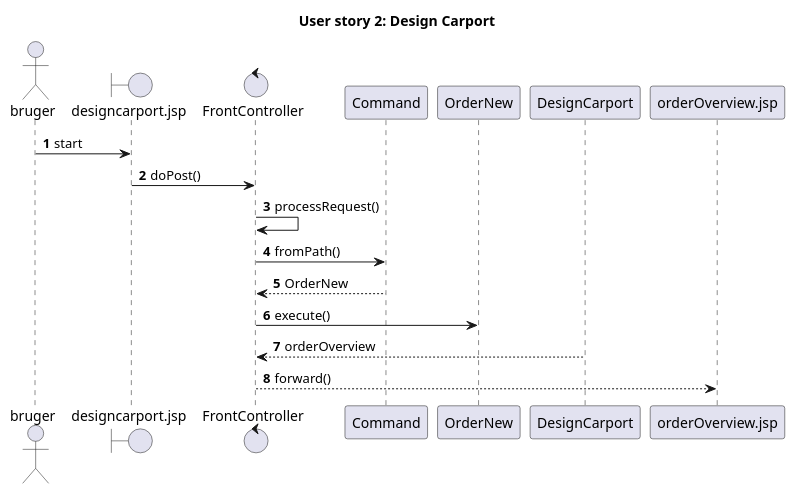
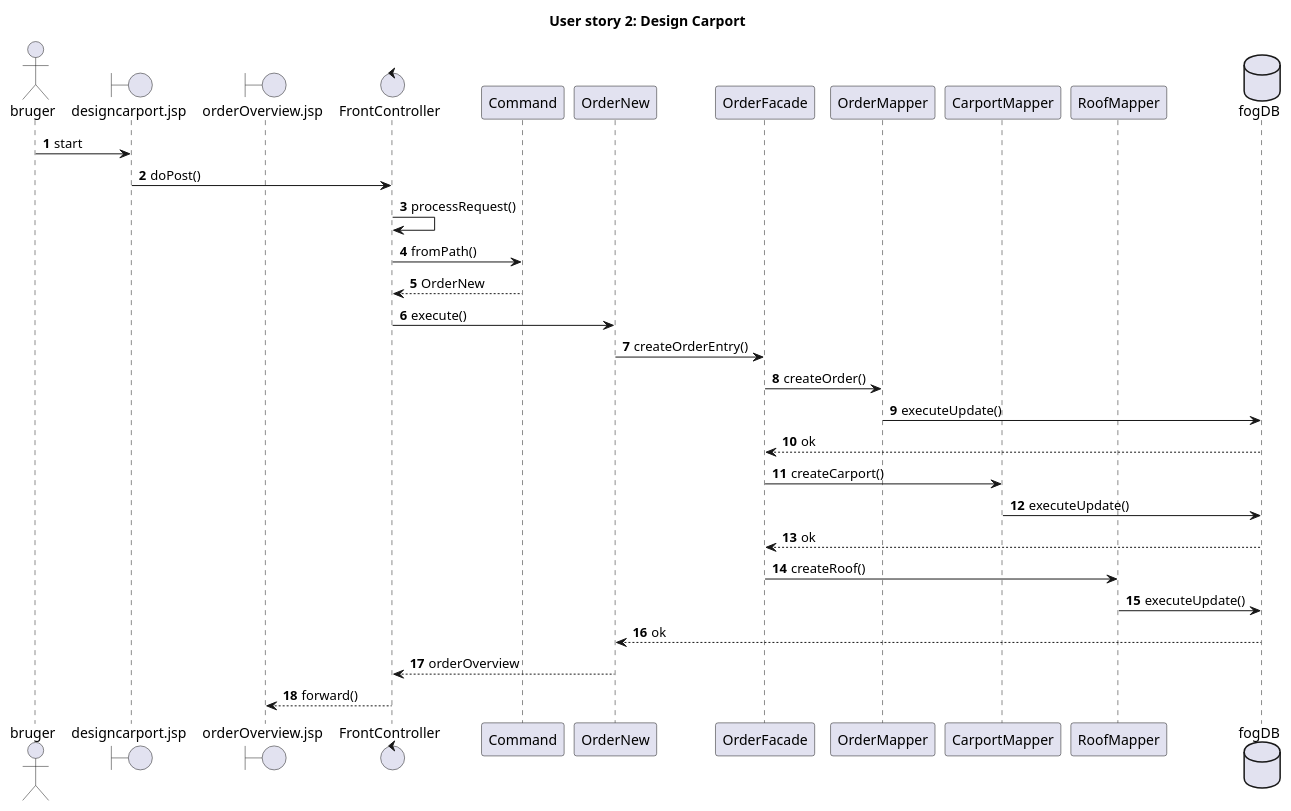
The diagram in plantuml/orderNewCommand.puml (LaDane/FogCarport), drawn with PlantUML before and after one commit.

```diff
--- a/plantuml/orderNewCommand.puml
+++ b/plantuml/orderNewCommand.puml
@@ -1,19 +1,53 @@
 @startuml
 title User story 2: Design Carport
 actor bruger
 
 boundary designcarport.jsp
-boundary designcarport.jsp
+boundary orderOverview.jsp
 control FrontController
+participant Command
+participant OrderNew
+participant OrderFacade
+participant OrderMapper
+participant CarportMapper
+participant RoofMapper
+
+database fogDB
 
 autonumber
 
 bruger -> designcarport.jsp: start
 designcarport.jsp -> FrontController: doPost()
 FrontController -> FrontController: processRequest()
 FrontController -> Command: fromPath()
 Command --> FrontController: OrderNew
 FrontController -> OrderNew: execute()
-DesignCarport --> FrontController: orderOverview
+
+OrderNew -> OrderFacade: createOrderEntry()
+OrderFacade -> OrderMapper: createOrder()
+
+
+
+OrderMapper -> fogDB: executeUpdate()
+fogDB --> OrderFacade: ok
+
+
+OrderFacade -> CarportMapper: createCarport()
+CarportMapper -> fogDB: executeUpdate()
+fogDB --> OrderFacade: ok
+
+
+OrderFacade -> RoofMapper: createRoof()
+RoofMapper -> fogDB: executeUpdate()
+fogDB --> OrderNew: ok
+
+
+
+
+
+
+
+
+OrderNew --> FrontController: orderOverview
 FrontController --> orderOverview.jsp: forward()
 @enduml
```
